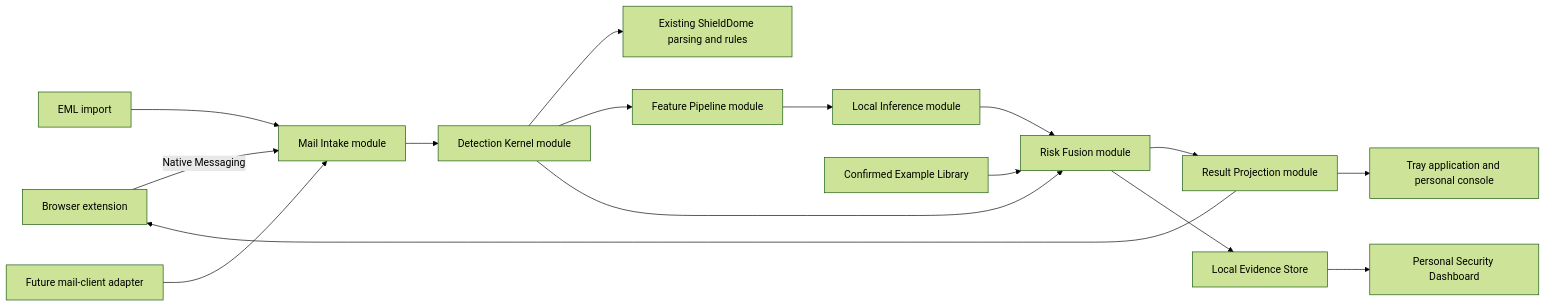
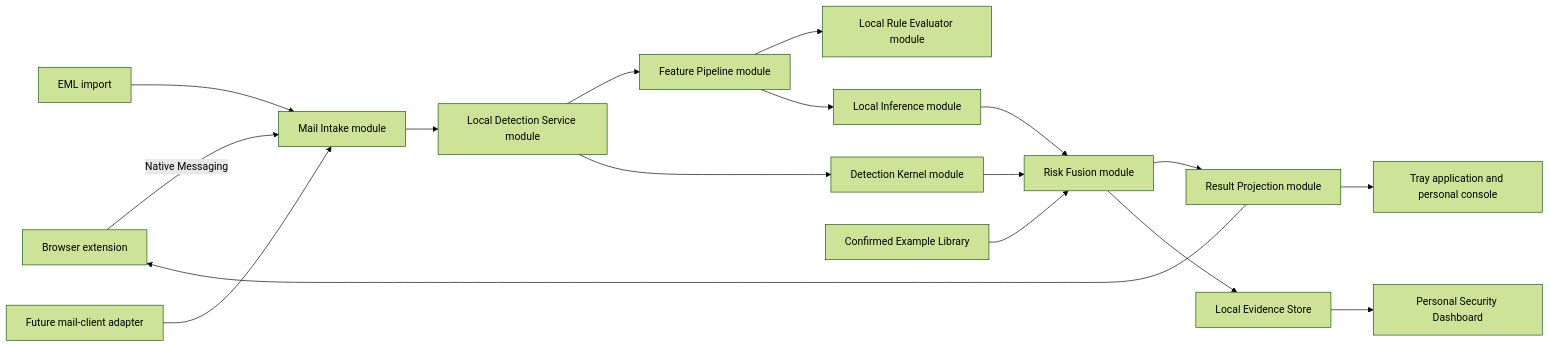
The diagram in endpoint_agent/README.md (wwwsimplecom123/Mycode), drawn with Mermaid (forest theme) before and after one commit. The commit also changed other lines of this file and 26 other files, not shown here.

Commit message:
feat: implement endpoint rule-only detection kernel

````diff
--- a/endpoint_agent/README.md
+++ b/endpoint_agent/README.md
@@ -24,20 +30,21 @@
 ```mermaid
 flowchart LR
     Browser[Browser extension] -->|Native Messaging| Intake[Mail Intake module]
     EML[EML import] --> Intake
     Future[Future mail-client adapter] --> Intake
 
-    Intake --> Kernel[Detection Kernel module]
-    Kernel --> Parser[Existing ShieldDome parsing and rules]
-    Kernel --> Features[Feature Pipeline module]
+    Intake --> LocalDetection[Local Detection Service module]
+    LocalDetection --> Features[Feature Pipeline module]
+    Features --> Rules[Local Rule Evaluator module]
+    LocalDetection --> Kernel[Detection Kernel module]
     Features --> Inference[Local Inference module]
     Kernel --> Fusion[Risk Fusion module]
     Inference --> Fusion
     Examples[Confirmed Example Library] --> Fusion
     Fusion --> Projection[Result Projection module]
     Fusion --> Evidence[Local Evidence Store]
 
     Projection --> Browser
     Projection --> Console[Tray application and personal console]
     Evidence --> Dashboard[Personal Security Dashboard]
 ```
````
